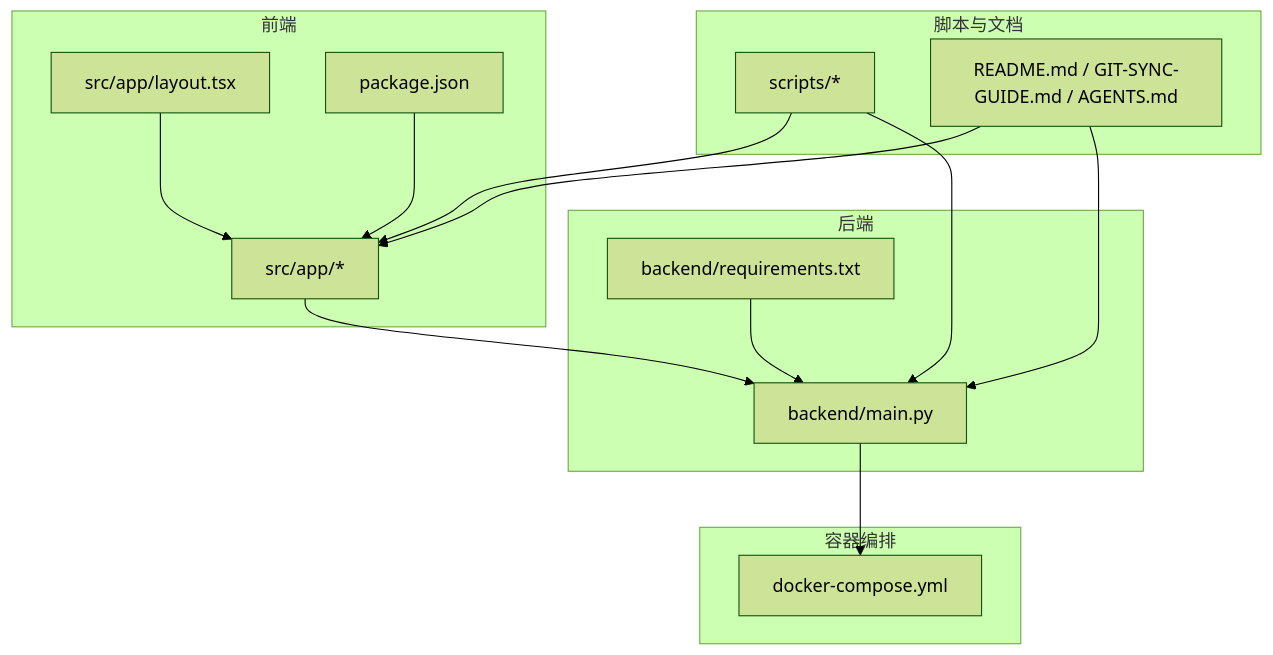
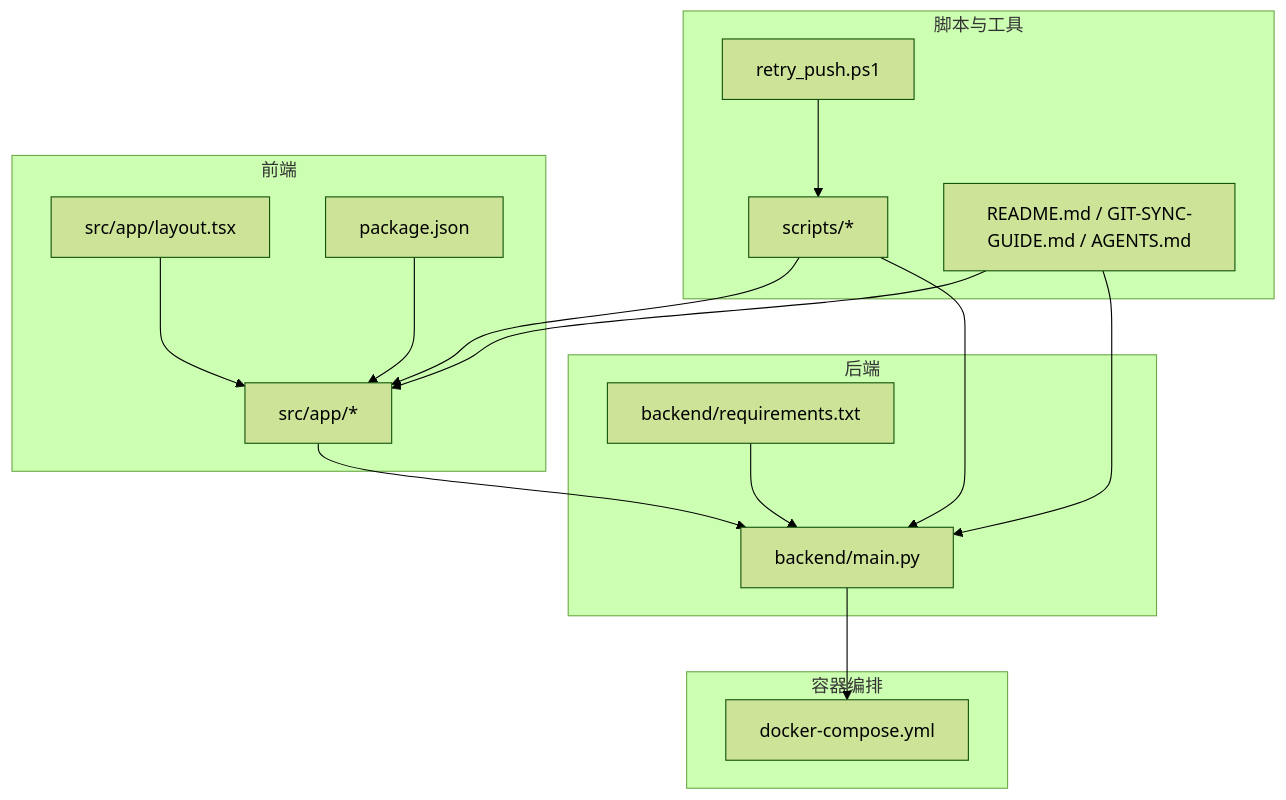
One commit to ghbbn053-ship-itsoulddog/soulddog changed the first of 3 diagrams in .qoder/repowiki/zh/content/开发指南/版本控制.md. Above: the diagram before and after it, drawn with Mermaid (forest theme). The commit also changed other lines of this file and 11 other files, not shown here.

````diff
--- a/.qoder/repowiki/zh/content/开发指南/版本控制.md
+++ b/.qoder/repowiki/zh/content/开发指南/版本控制.md
@@ -40,28 +49,30 @@
 ```mermaid
 graph TB
 subgraph "前端"
 FE_APP["src/app/*"]
 FE_LAYOUT["src/app/layout.tsx"]
 FE_PKG["package.json"]
 end
 subgraph "后端"
 BE_MAIN["backend/main.py"]
 BE_REQ["backend/requirements.txt"]
 end
 subgraph "容器编排"
 DC["docker-compose.yml"]
 end
-subgraph "脚本与文档"
+subgraph "脚本与工具"
 SCRIPTS["scripts/*"]
+RETRY_PUSH["retry_push.ps1"]
 DOCS["README.md / GIT-SYNC-GUIDE.md / AGENTS.md"]
 end
 FE_APP --> BE_MAIN
 FE_LAYOUT --> FE_APP
 FE_PKG --> FE_APP
 BE_MAIN --> DC
 BE_REQ --> BE_MAIN
 SCRIPTS --> FE_APP
 SCRIPTS --> BE_MAIN
+RETRY_PUSH --> SCRIPTS
 DOCS --> FE_APP
 DOCS --> BE_MAIN
 ```
````
